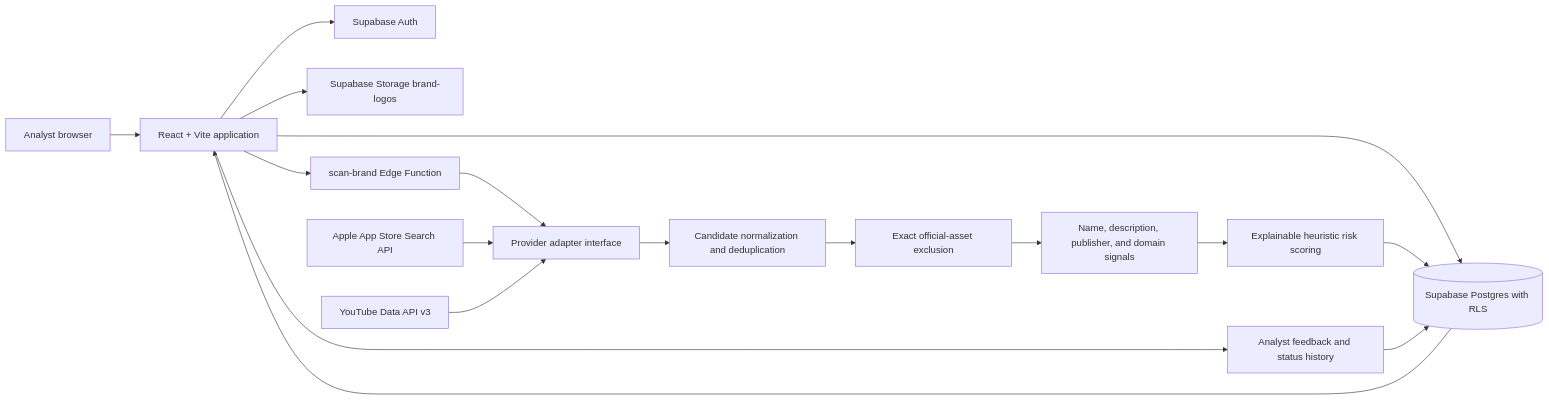
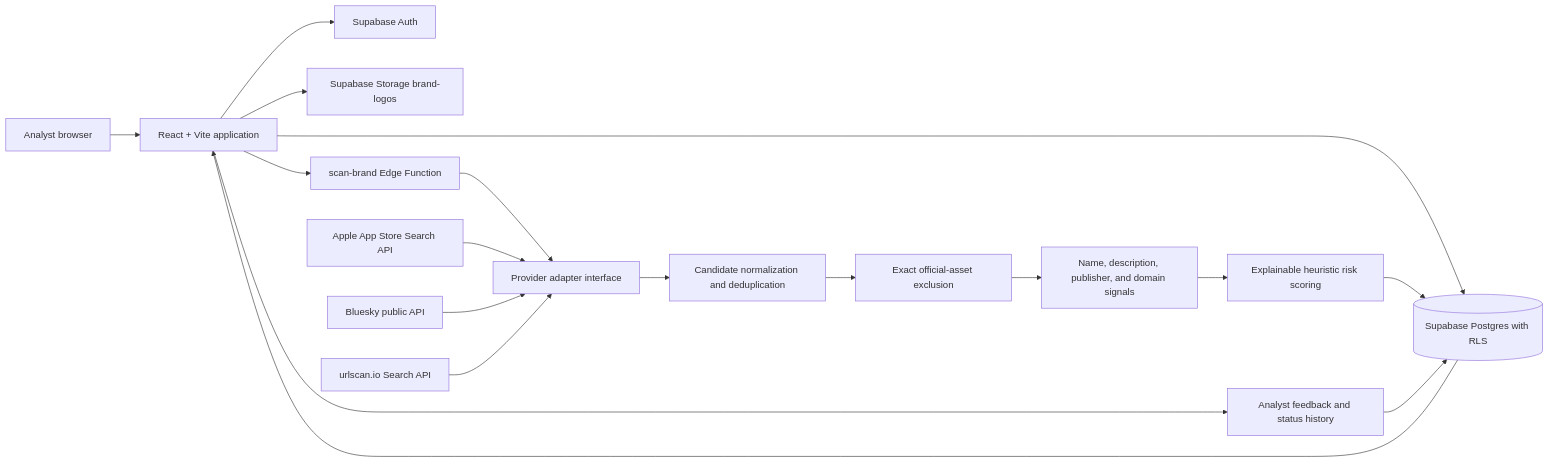
Before and after one commit to yashodhar-exe/byte-guard: the diagram in docs/architecture.md, drawn with Mermaid. The commit also changed other lines of this file and 7 other files, not shown here.

````diff
--- a/docs/architecture.md
+++ b/docs/architecture.md
@@ -5,34 +5,36 @@
 ```mermaid
 flowchart LR
   Analyst[Analyst browser]
   UI[React + Vite application]
   Auth[Supabase Auth]
   DB[(Supabase Postgres with RLS)]
   Storage[Supabase Storage brand-logos]
   Scan[scan-brand Edge Function]
   Apple[Apple App Store Search API]
-  YouTube[YouTube Data API v3]
+  Bluesky[Bluesky public API]
+  Urlscan[urlscan.io Search API]
   Adapters[Provider adapter interface]
   Normalize[Candidate normalization and deduplication]
   Exclusion[Exact official-asset exclusion]
   Detection[Name, description, publisher, and domain signals]
   Score[Explainable heuristic risk scoring]
   Feedback[Analyst feedback and status history]
 
   Analyst --> UI
   UI --> Auth
   UI --> DB
   UI --> Storage
   UI --> Scan
   Scan --> Adapters
   Apple --> Adapters
-  YouTube --> Adapters
+  Bluesky --> Adapters
+  Urlscan --> Adapters
   Adapters --> Normalize
   Normalize --> Exclusion
   Exclusion --> Detection
   Detection --> Score
   Score --> DB
   DB --> UI
   UI --> Feedback
   Feedback --> DB
 ```
````
